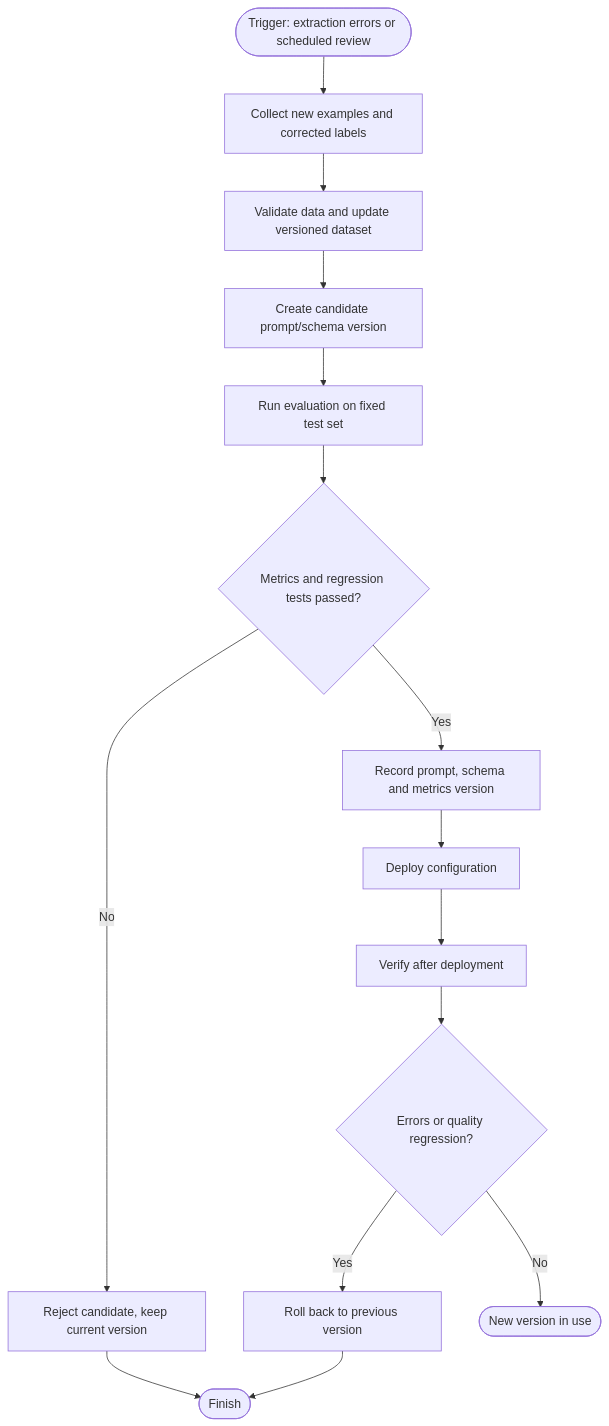
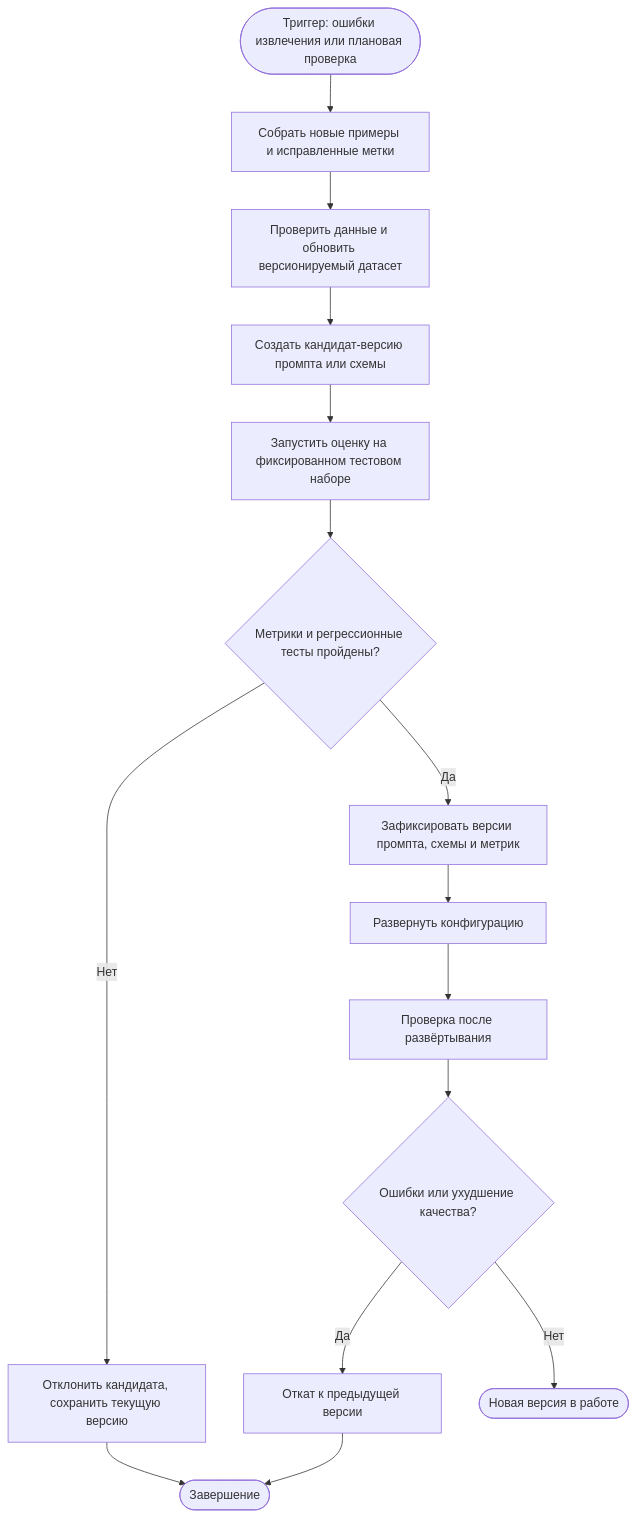
Before and after one commit to IvanWend/techanizer: the diagram in docs/model_retrain_BPMN.md, drawn with Mermaid. The commit also changed 3 other files, not shown here.

````diff
--- a/docs/model_retrain_BPMN.md
+++ b/docs/model_retrain_BPMN.md
@@ -7,17 +7,17 @@
 ```mermaid
 flowchart TD
-    A([Trigger: extraction errors or scheduled review]) --> B[Collect new examples and corrected labels]
-    B --> C[Validate data and update versioned dataset]
-    C --> D[Create candidate prompt/schema version]
-    D --> E[Run evaluation on fixed test set]
-    E --> F{Metrics and regression tests passed?}
-    F -- No --> G[Reject candidate, keep current version]
-    G --> H([Finish])
-    F -- Yes --> I[Record prompt, schema and metrics version]
-    I --> J[Deploy configuration]
-    J --> K[Verify after deployment]
-    K --> L{Errors or quality regression?}
-    L -- Yes --> M[Roll back to previous version]
+    A([Триггер: ошибки извлечения или плановая проверка]) --> B[Собрать новые примеры и исправленные метки]
+    B --> C[Проверить данные и обновить версионируемый датасет]
+    C --> D[Создать кандидат-версию промпта или схемы]
+    D --> E[Запустить оценку на фиксированном тестовом наборе]
+    E --> F{Метрики и регрессионные тесты пройдены?}
+    F -- Нет --> G[Отклонить кандидата, сохранить текущую версию]
+    G --> H([Завершение])
+    F -- Да --> I[Зафиксировать версии промпта, схемы и метрик]
+    I --> J[Развернуть конфигурацию]
+    J --> K[Проверка после развёртывания]
+    K --> L{Ошибки или ухудшение качества?}
+    L -- Да --> M[Откат к предыдущей версии]
     M --> H
-    L -- No --> N([New version in use])
+    L -- Нет --> N([Новая версия в работе])
 ```
````
